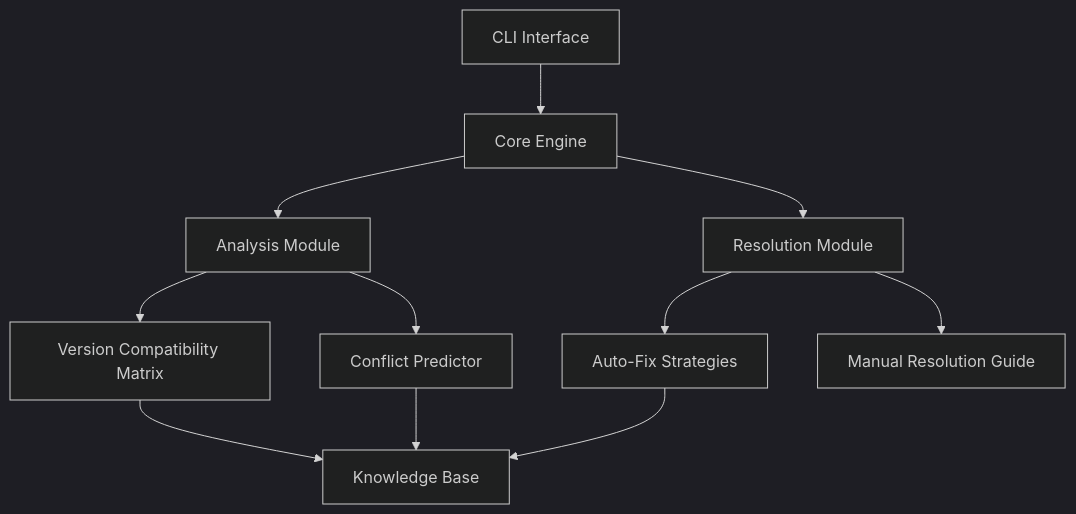
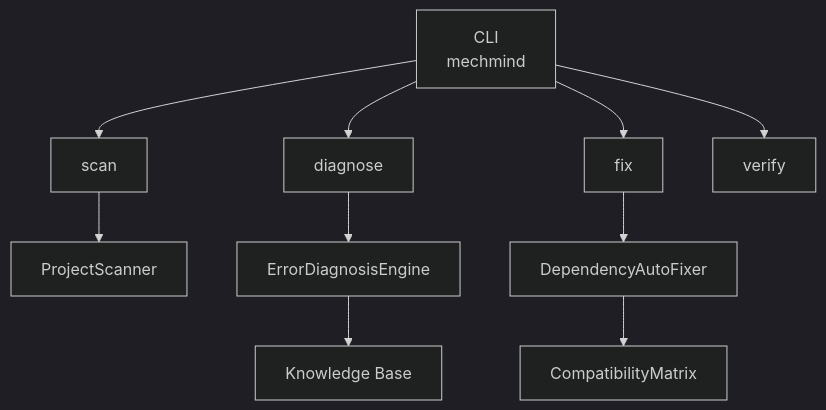
Before and after one commit to MechBot-2x/MechanicalMind-Dependency-AI: the diagram in README.md, drawn with Mermaid (dark theme). The commit also changed other lines of this file and 95 other files, not shown here.

First line of the commit message:
v3.0.1: CLI multi-comando, scanner multi-ecosystem, 33 tests verdes

````diff
--- a/README.md
+++ b/README.md
@@ -17,13 +144,12 @@
 ```mermaid
 graph TD
-    A[CLI Interface] --> B[Core Engine]
-    B --> C[Analysis Module]
-    B --> D[Resolution Module]
-    C --> E[Version Compatibility Matrix]
-    C --> F[Conflict Predictor]
-    D --> G[Auto-Fix Strategies]
-    D --> H[Manual Resolution Guide]
-    E --> I[Knowledge Base]
-    F --> I
-    G --> I
+    A[CLI<br/>mechmind] --> B[scan]
+    A --> C[diagnose]
+    A --> D[fix]
+    A --> E[verify]
+    B --> F[ProjectScanner]
+    C --> G[ErrorDiagnosisEngine]
+    D --> H[DependencyAutoFixer]
+    H --> I[CompatibilityMatrix]
+    G --> J[Knowledge Base]
 ```
````
